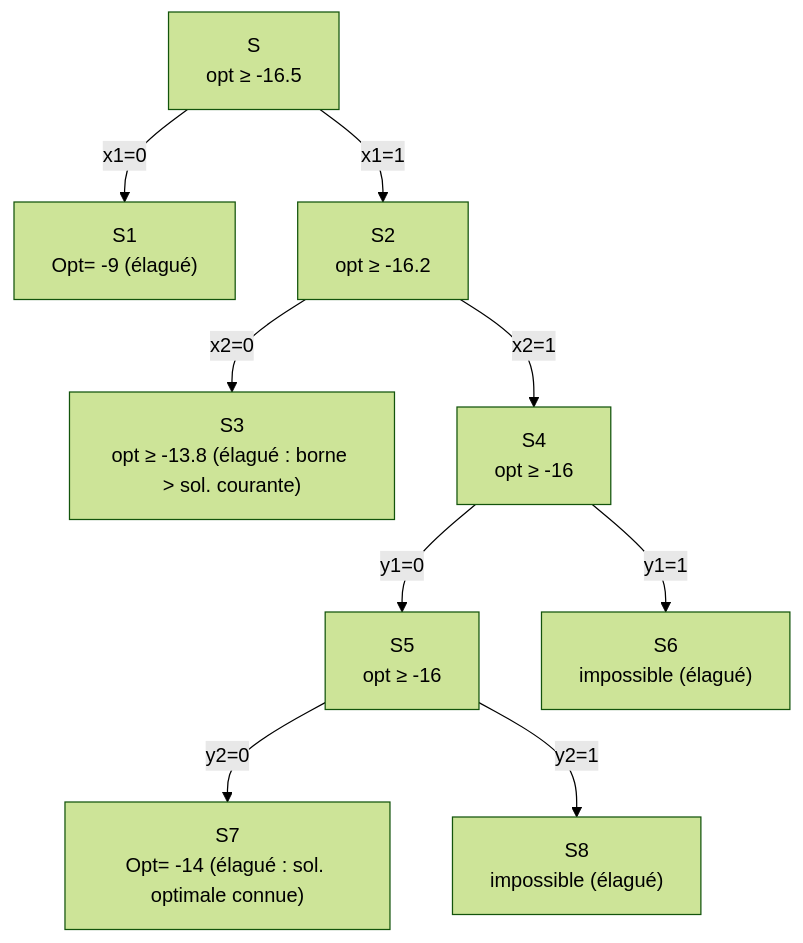
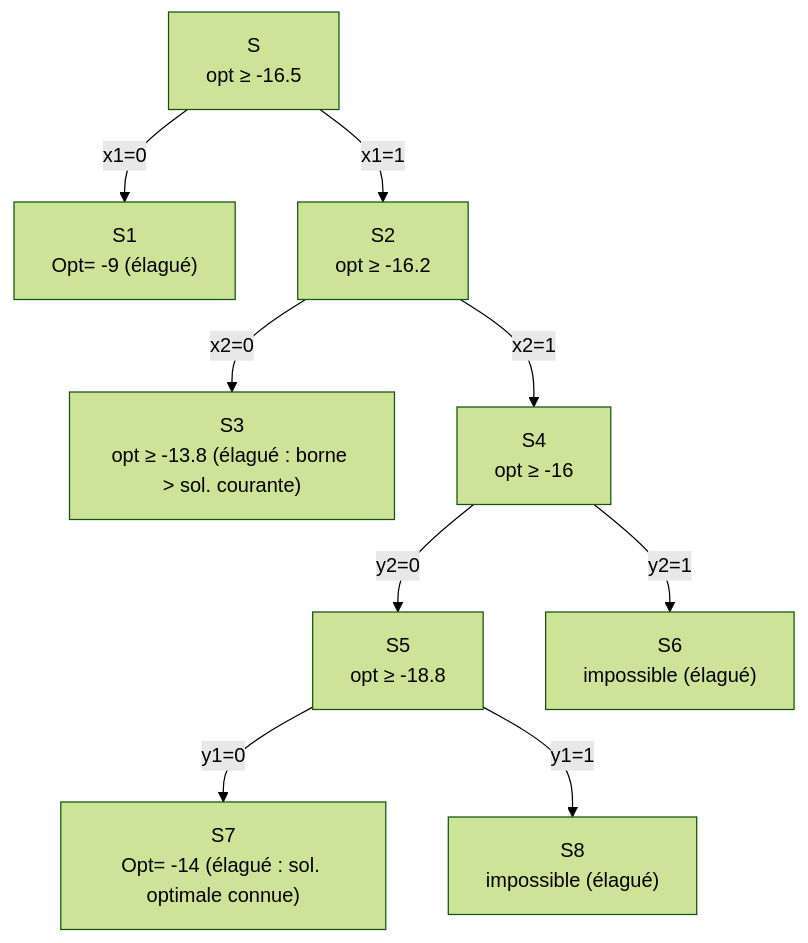
The fourth of 4 diagrams in docs/Year 2/Semester 1/PL/Cours/pl-plne-branch-and-bound.md (Yahya8bit/ensi-survival-kit), drawn with Mermaid (forest theme) before and after one commit. The commit also changed other lines of this file, not shown here.

````diff
--- a/docs/Year 2/Semester 1/PL/Cours/pl-plne-branch-and-bound.md
+++ b/docs/Year 2/Semester 1/PL/Cours/pl-plne-branch-and-bound.md
@@ -271,20 +271,20 @@
 ```mermaid
 flowchart TD
     S["S<br/>opt ≥ -16.5"]
     S1["S1<br/>Opt= -9 (élagué)"]
     S2["S2<br/>opt ≥ -16.2"]
     S3["S3<br/>opt ≥ -13.8 (élagué : borne > sol. courante)"]
     S4["S4<br/>opt ≥ -16"]
-    S5["S5<br/>opt ≥ -16"]
+    S5["S5<br/>opt ≥ -18.8"]
     S6["S6<br/>impossible (élagué)"]
     S7["S7<br/>Opt= -14 (élagué : sol. optimale connue)"]
     S8["S8<br/>impossible (élagué)"]
     S -->|x1=0| S1
     S -->|x1=1| S2
     S2 -->|x2=0| S3
     S2 -->|x2=1| S4
-    S4 -->|y1=0| S5
-    S4 -->|y1=1| S6
-    S5 -->|y2=0| S7
-    S5 -->|y2=1| S8
+    S4 -->|y2=0| S5
+    S4 -->|y2=1| S6
+    S5 -->|y1=0| S7
+    S5 -->|y1=1| S8
 ```
````
